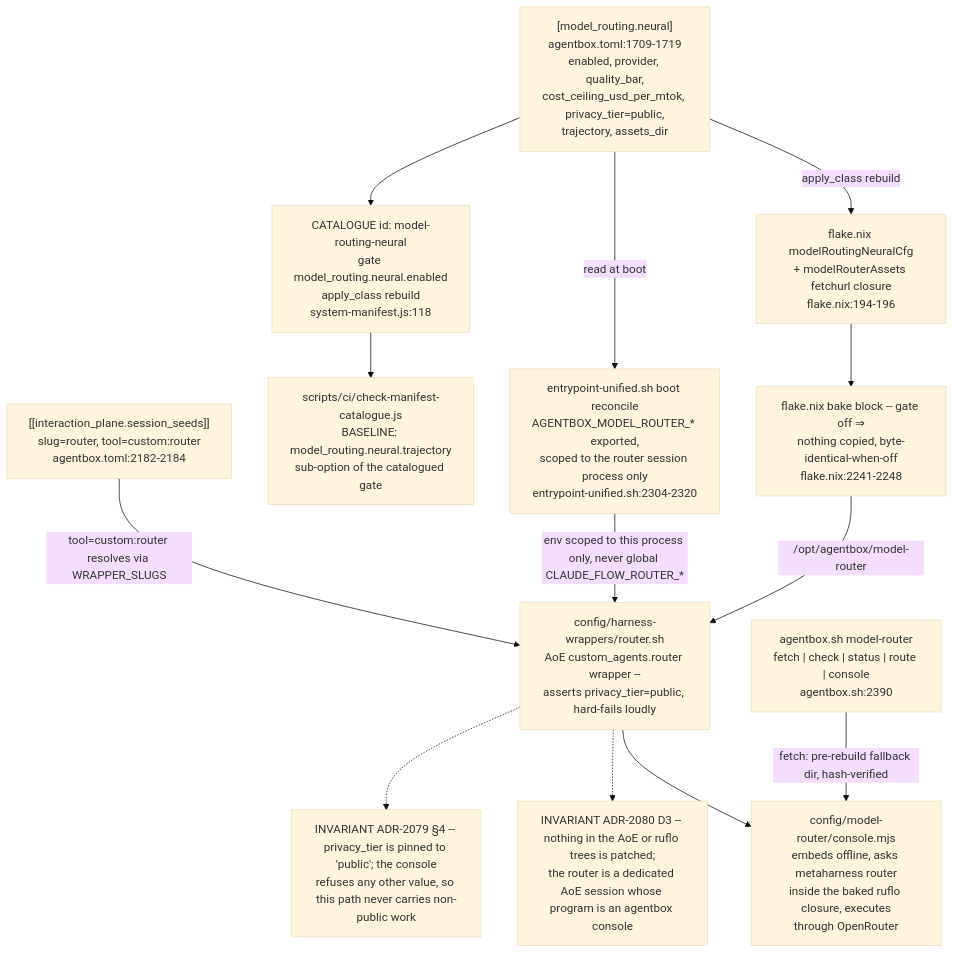
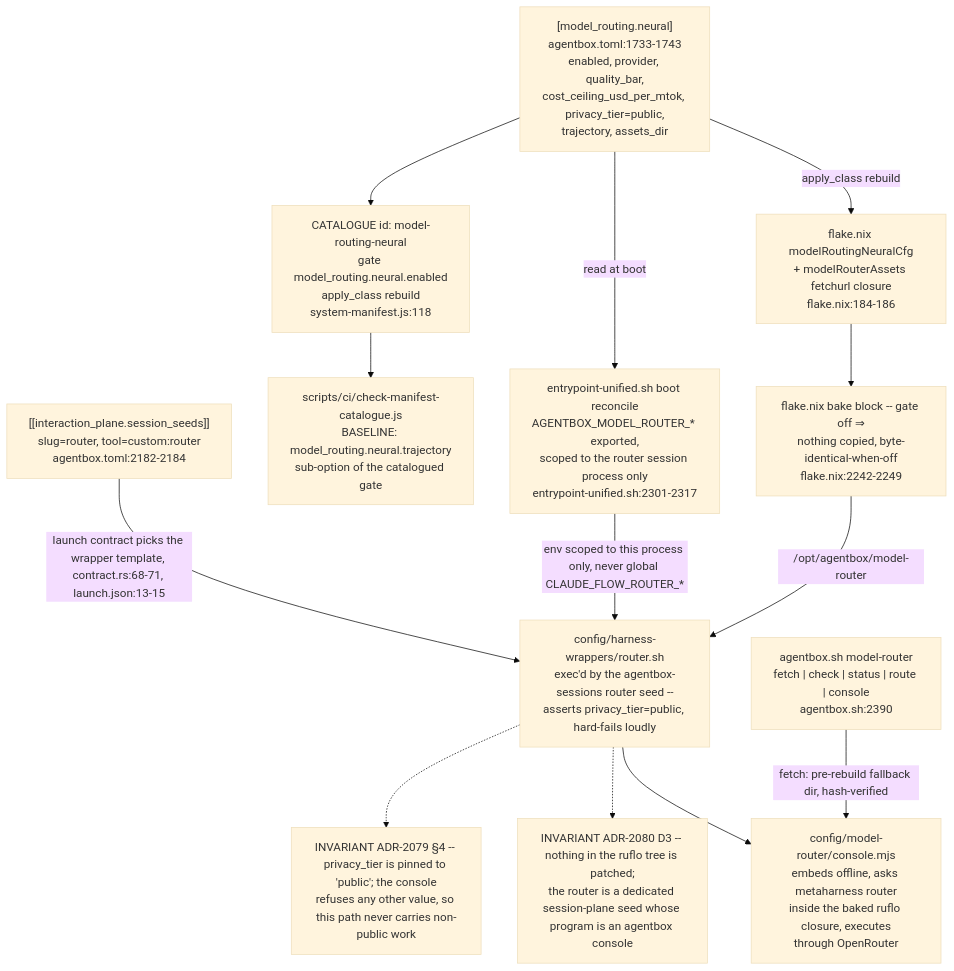
Before and after one commit to DreamLab-AI/VisionFlow: diagram 14 of 15 in docs/diagrams/agentbox/15-capability-gating-spend-consultants.md, drawn with Mermaid (base theme). The commit also changed other lines of this file and 145 other files, not shown here.

````diff
--- a/docs/diagrams/agentbox/15-capability-gating-spend-consultants.md
+++ b/docs/diagrams/agentbox/15-capability-gating-spend-consultants.md
@@ -715,29 +718,29 @@
 ```mermaid
 flowchart TD
-    T["[model_routing.neural]<br/>agentbox.toml:1709-1719<br/>enabled, provider, quality_bar,<br/>cost_ceiling_usd_per_mtok, privacy_tier=public,<br/>trajectory, assets_dir"]
+    T["[model_routing.neural]<br/>agentbox.toml:1733-1743<br/>enabled, provider, quality_bar,<br/>cost_ceiling_usd_per_mtok, privacy_tier=public,<br/>trajectory, assets_dir"]
     SEED["[[interaction_plane.session_seeds]]<br/>slug=router, tool=custom:router<br/>agentbox.toml:2182-2184"]
     CAT["CATALOGUE id: model-routing-neural<br/>gate model_routing.neural.enabled<br/>apply_class rebuild<br/>system-manifest.js:118"]
-    NIX["flake.nix modelRoutingNeuralCfg<br/>+ modelRouterAssets fetchurl closure<br/>flake.nix:194-196"]
-    BAKE["flake.nix bake block -- gate off ⇒<br/>nothing copied, byte-identical-when-off<br/>flake.nix:2241-2248"]
-    ENTRY["entrypoint-unified.sh boot reconcile<br/>AGENTBOX_MODEL_ROUTER_* exported,<br/>scoped to the router session process only<br/>entrypoint-unified.sh:2304-2320"]
-    WRAP["config/harness-wrappers/router.sh<br/>AoE custom_agents.router wrapper --<br/>asserts privacy_tier=public, hard-fails loudly"]
+    NIX["flake.nix modelRoutingNeuralCfg<br/>+ modelRouterAssets fetchurl closure<br/>flake.nix:184-186"]
+    BAKE["flake.nix bake block -- gate off ⇒<br/>nothing copied, byte-identical-when-off<br/>flake.nix:2242-2249"]
+    ENTRY["entrypoint-unified.sh boot reconcile<br/>AGENTBOX_MODEL_ROUTER_* exported,<br/>scoped to the router session process only<br/>entrypoint-unified.sh:2301-2317"]
+    WRAP["config/harness-wrappers/router.sh<br/>exec'd by the agentbox-sessions router seed --<br/>asserts privacy_tier=public, hard-fails loudly"]
     CONSOLE["config/model-router/console.mjs<br/>embeds offline, asks metaharness router<br/>inside the baked ruflo closure, executes<br/>through OpenRouter"]
     CLI["agentbox.sh model-router<br/>fetch #124; check #124; status #124; route #124; console<br/>agentbox.sh:2390"]
     CATCHECK["scripts/ci/check-manifest-catalogue.js<br/>BASELINE: model_routing.neural.trajectory<br/>sub-option of the catalogued gate"]
 
     T -->|"apply_class rebuild"| NIX
     NIX --> BAKE
     BAKE -->|"/opt/agentbox/model-router"| WRAP
     T -->|"read at boot"| ENTRY
     ENTRY -->|"env scoped to this process only, never global CLAUDE_FLOW_ROUTER_*"| WRAP
-    SEED -->|"tool=custom:router resolves via WRAPPER_SLUGS"| WRAP
+    SEED -->|"launch contract picks the wrapper template, contract.rs:68-71, launch.json:13-15"| WRAP
     WRAP --> CONSOLE
     CLI -->|"fetch: pre-rebuild fallback dir, hash-verified"| CONSOLE
     T --> CAT
     CAT --> CATCHECK
 
-    NOTE1["INVARIANT ADR-2080 D3 -- nothing in the AoE or ruflo trees is patched;<br/>the router is a dedicated AoE session whose program is an agentbox console"]
+    NOTE1["INVARIANT ADR-2080 D3 -- nothing in the ruflo tree is patched;<br/>the router is a dedicated session-plane seed whose program is an agentbox console"]
     NOTE2["INVARIANT ADR-2079 §4 -- privacy_tier is pinned to 'public'; the console<br/>refuses any other value, so this path never carries non-public work"]
     WRAP -.-> NOTE1
     WRAP -.-> NOTE2
 ```
````
